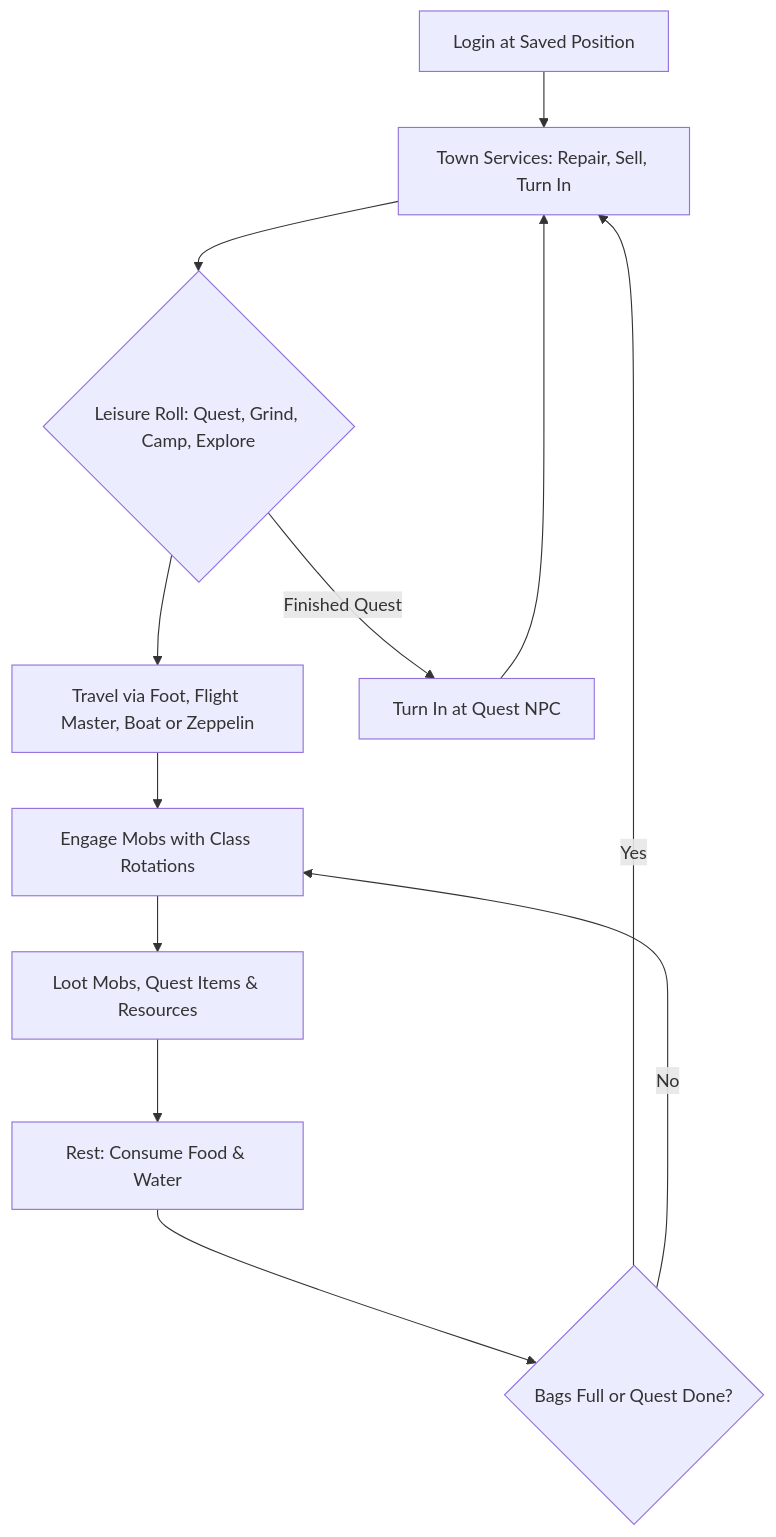
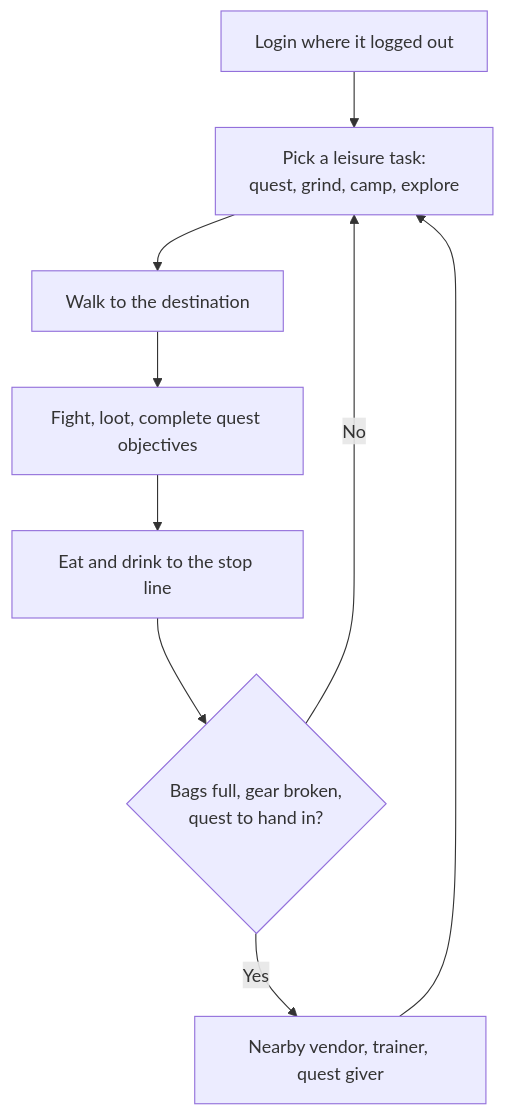
One commit to pjerra/TortoiseBots changed the diagram in docs/world/living-world.md. Above: the diagram before and after it, drawn with Mermaid. The commit also changed other lines of this file, not shown here.

````diff
--- a/docs/world/living-world.md
+++ b/docs/world/living-world.md
@@ -33,14 +34,11 @@
 ```mermaid
 flowchart TD
-    Login["Login at Saved Position"] --> Upkeep["Town Services: Repair, Sell, Turn In"]
-    Upkeep --> Leisure{"Leisure Roll: Quest, Grind, Camp, Explore"}
-    Leisure --> Travel["Travel via Foot, Flight Master, Boat or Zeppelin"]
-    Travel --> Combat["Engage Mobs with Class Rotations"]
-    Combat --> Loot["Loot Mobs, Quest Items & Resources"]
-    Loot --> Rest["Rest: Consume Food & Water"]
-    Rest --> CheckBags{"Bags Full or Quest Done?"}
-    CheckBags -->|Yes| Upkeep
-    CheckBags -->|No| Combat
-    Leisure -->|Finished Quest| TurnIn["Turn In at Quest NPC"]
-    TurnIn --> Upkeep
+    Login["Login where it logged out"] --> Pick["Pick a leisure task:<br/>quest, grind, camp, explore"]
+    Pick --> Travel["Walk to the destination"]
+    Travel --> Work["Fight, loot, complete quest objectives"]
+    Work --> Rest["Eat and drink to the stop line"]
+    Rest --> Town{"Bags full, gear broken,<br/>quest to hand in?"}
+    Town -->|Yes| Services["Nearby vendor, trainer, quest giver"]
+    Town -->|No| Pick
+    Services --> Pick
 ```
````
